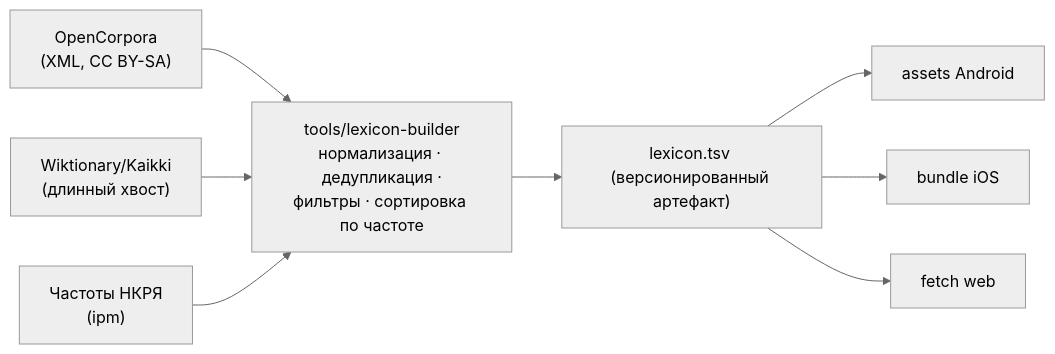
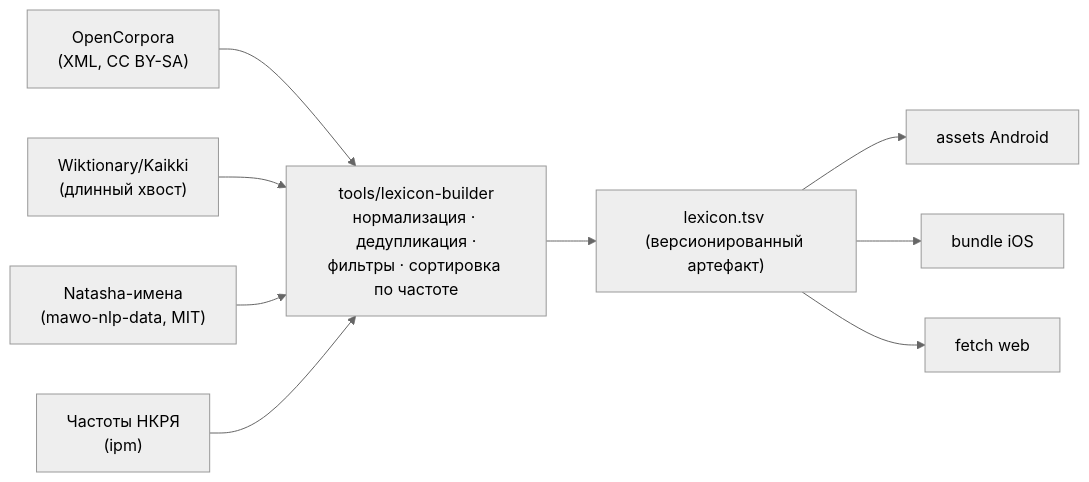
The second of 2 diagrams in docs/ARCHITECTURE.md (PhysShell/abbreviate), drawn with Mermaid (neutral theme) before and after one commit. The commit also changed other lines of this file and 4 other files, not shown here.

````diff
--- a/docs/ARCHITECTURE.md
+++ b/docs/ARCHITECTURE.md
@@ -260,9 +260,10 @@
 ```mermaid
 flowchart LR
     OC["OpenCorpora<br/>(XML, CC BY-SA)"] --> LB
     WK["Wiktionary/Kaikki<br/>(длинный хвост)"] --> LB
+    NM["Natasha-имена<br/>(mawo-nlp-data, MIT)"] --> LB
     RNC["Частоты НКРЯ<br/>(ipm)"] --> LB
     LB["tools/lexicon-builder<br/>нормализация · дедупликация ·<br/>фильтры · сортировка по частоте"]
     LB --> ART["lexicon.tsv (версионированный артефакт)"]
     ART --> AND2["assets Android"] & IOS2["bundle iOS"] & WEB2["fetch web"]
 ```
````
